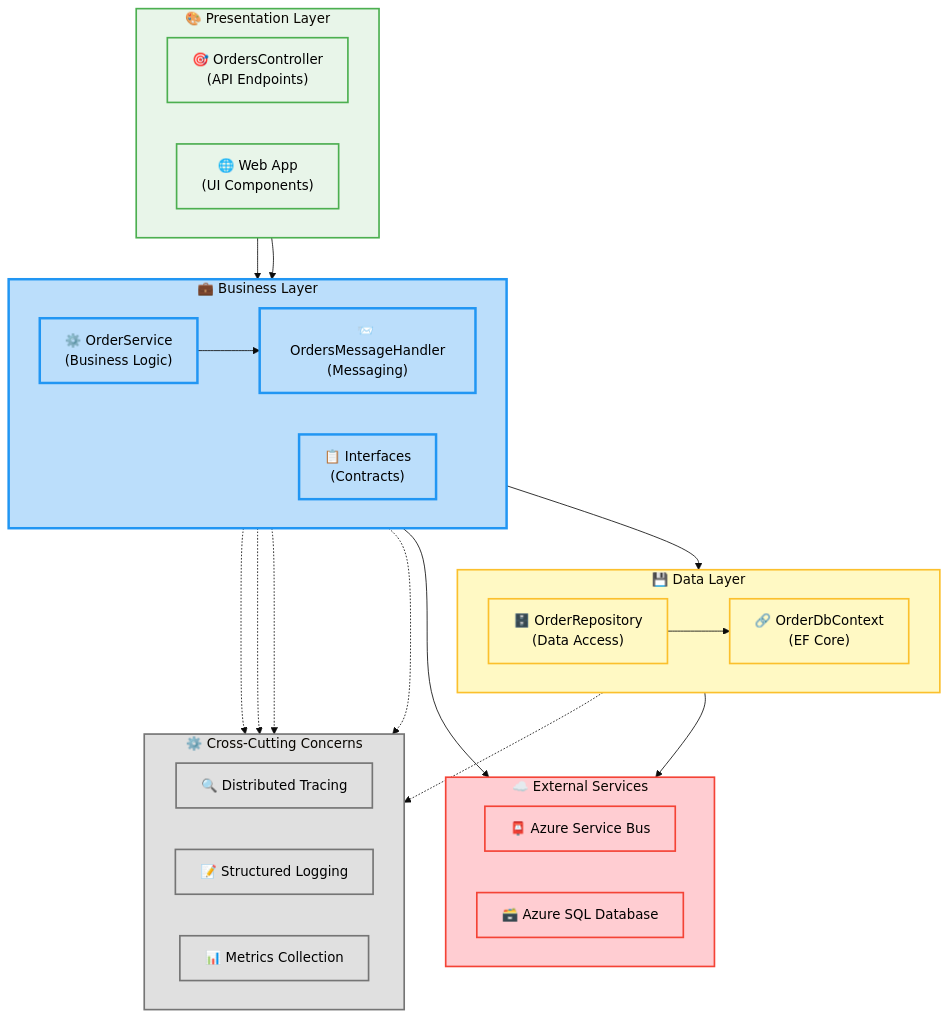
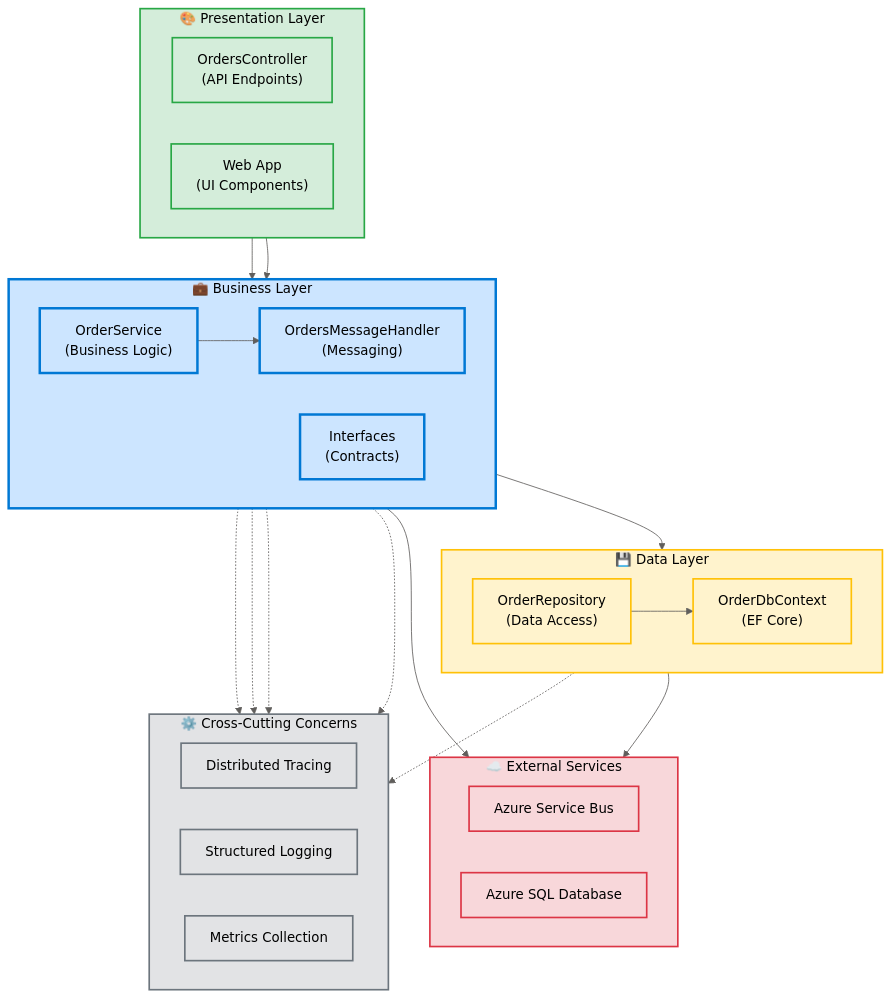
Before and after one commit to Evilazaro/Azure-LogicApps-Monitoring: the second of 13 diagrams in docs/architecture/business-layer-architecture.md, drawn with Mermaid. The commit also changed other lines of this file and 1 other file, not shown here.

````diff
--- a/docs/architecture/business-layer-architecture.md
+++ b/docs/architecture/business-layer-architecture.md
@@ -76,82 +142,82 @@
 ```mermaid
 ---
 config:
   theme: base
+  themeVariables:
+    primaryColor: "#0078D4"
+    primaryTextColor: "#323130"
+    primaryBorderColor: "#8A8886"
+    lineColor: "#605E5C"
+    secondaryColor: "#E1DFDD"
+    tertiaryColor: "#F3F2F1"
 ---
 flowchart TD
     accTitle: Business Layer Position in Application Architecture
     accDescr: Shows the Business layer positioned between Presentation and Data layers, with cross-cutting concerns
 
     %% Presentation Layer
     subgraph presentation["🎨 Presentation Layer"]
         direction LR
-        controller["🎯 OrdersController<br/>(API Endpoints)"]
-        webApp["🌐 Web App<br/>(UI Components)"]
+        controller["OrdersController<br/>(API Endpoints)"]
+        webApp["Web App<br/>(UI Components)"]
     end
 
     %% Business Layer
     subgraph business["💼 Business Layer"]
         direction LR
-        orderService["⚙️ OrderService<br/>(Business Logic)"]
-        messageHandler["📨 OrdersMessageHandler<br/>(Messaging)"]
-        interfaces["📋 Interfaces<br/>(Contracts)"]
+        orderService["OrderService<br/>(Business Logic)"]
+        messageHandler["OrdersMessageHandler<br/>(Messaging)"]
+        interfaces["Interfaces<br/>(Contracts)"]
     end
 
     %% Data Layer
     subgraph data["💾 Data Layer"]
         direction LR
-        repository["🗄️ OrderRepository<br/>(Data Access)"]
-        dbContext["🔗 OrderDbContext<br/>(EF Core)"]
+        repository["OrderRepository<br/>(Data Access)"]
+        dbContext["OrderDbContext<br/>(EF Core)"]
     end
 
     %% External Services
     subgraph external["☁️ External Services"]
         direction LR
-        servicebus["📮 Azure Service Bus"]
-        sqldb["🗃️ Azure SQL Database"]
+        servicebus["Azure Service Bus"]
+        sqldb["Azure SQL Database"]
     end
 
     %% Cross-Cutting Concerns
     subgraph crosscutting["⚙️ Cross-Cutting Concerns"]
         direction LR
-        tracing["🔍 Distributed Tracing"]
-        logging["📝 Structured Logging"]
-        metrics["📊 Metrics Collection"]
+        tracing["Distributed Tracing"]
+        logging["Structured Logging"]
+        metrics["Metrics Collection"]
     end
 
     %% Connections
     controller --> orderService
     webApp --> orderService
     orderService --> repository
     orderService --> messageHandler
     messageHandler --> servicebus
     repository --> dbContext
     dbContext --> sqldb
 
     %% Cross-cutting connections
     orderService -.-> tracing
     orderService -.-> logging
     orderService -.-> metrics
     repository -.-> tracing
     messageHandler -.-> tracing
 
-    %% Styling with explicit hex colors (Microsoft Fluent UI / Azure palette)
-    classDef presentationStyle fill:#E8F5E9,stroke:#4CAF50,stroke-width:2px,color:#000
-    classDef businessStyle fill:#BBDEFB,stroke:#2196F3,stroke-width:3px,color:#000
-    classDef dataStyle fill:#FFF9C4,stroke:#FBC02D,stroke-width:2px,color:#000
-    classDef externalStyle fill:#FFCDD2,stroke:#F44336,stroke-width:2px,color:#000
-    classDef crosscuttingStyle fill:#E0E0E0,stroke:#757575,stroke-width:2px,color:#000
+    %% Styling
+    classDef presentationStyle fill:#D4EDDA,stroke:#28A745,stroke-width:2px,color:#000
+    classDef businessStyle fill:#CCE5FF,stroke:#0078D4,stroke-width:3px,color:#000
+    classDef dataStyle fill:#FFF3CD,stroke:#FFC107,stroke-width:2px,color:#000
+    classDef externalStyle fill:#F8D7DA,stroke:#DC3545,stroke-width:2px,color:#000
+    classDef crosscuttingStyle fill:#E2E3E5,stroke:#6C757D,stroke-width:2px,color:#000
 
-    class controller,webApp presentationStyle
-    class orderService,messageHandler,interfaces businessStyle
-    class repository,dbContext dataStyle
-    class servicebus,sqldb externalStyle
-    class tracing,logging,metrics crosscuttingStyle
-
-    %% Subgraph styling (MRM-S001 compliant - use style not class)
-    style presentation fill:#E8F5E9,stroke:#4CAF50,stroke-width:2px
-    style business fill:#BBDEFB,stroke:#2196F3,stroke-width:3px
-    style data fill:#FFF9C4,stroke:#FBC02D,stroke-width:2px
-    style external fill:#FFCDD2,stroke:#F44336,stroke-width:2px
-    style crosscutting fill:#E0E0E0,stroke:#757575,stroke-width:2px
+    class presentation,controller,webApp presentationStyle
+    class business,orderService,messageHandler,interfaces businessStyle
+    class data,repository,dbContext dataStyle
+    class external,servicebus,sqldb externalStyle
+    class crosscutting,tracing,logging,metrics crosscuttingStyle
 ```
````
